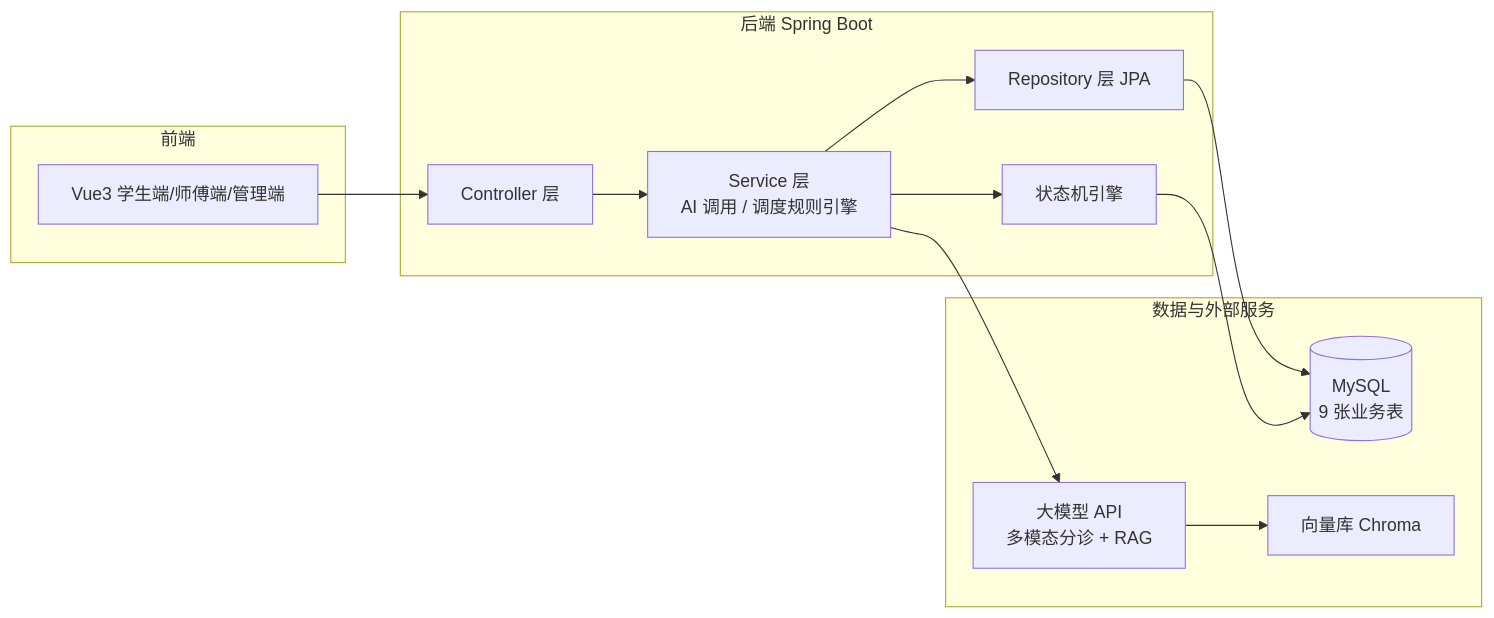
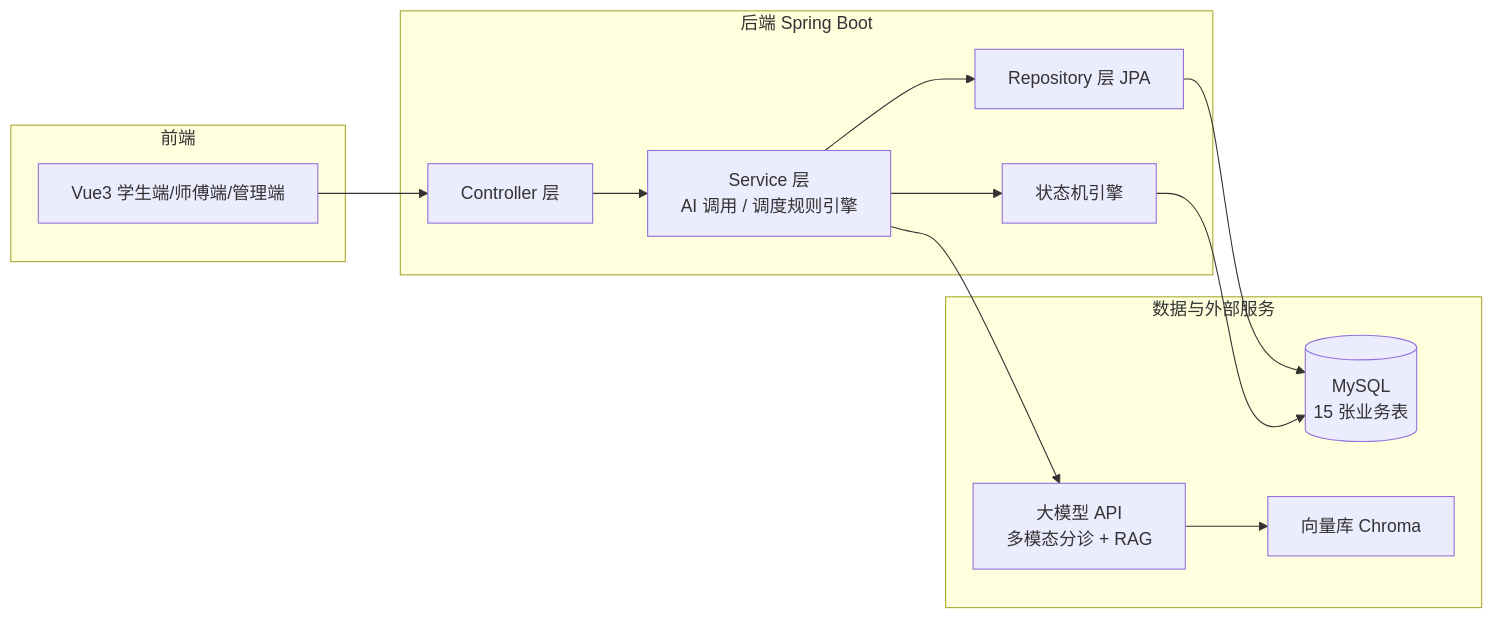
One commit to kly386/Campus-Repair-Assistant changed the diagram in docs/详细设计.md. Above: the diagram before and after it, drawn with Mermaid. The commit also changed other lines of this file and 6 other files, not shown here.

````diff
--- a/docs/详细设计.md
+++ b/docs/详细设计.md
@@ -5,21 +5,21 @@
 ```mermaid
 flowchart LR
     subgraph 前端
         Vue3[Vue3 学生端/师傅端/管理端]
     end
     subgraph 后端 Spring Boot
         Ctrl[Controller 层]
         Svc[Service 层<br/>AI 调用 / 调度规则引擎]
         Repo[Repository 层 JPA]
         SM[状态机引擎]
     end
     subgraph 数据与外部服务
-        MySQL[(MySQL<br/>9 张业务表)]
+        MySQL[(MySQL<br/>15 张业务表)]
         LLM[大模型 API<br/>多模态分诊 + RAG]
         Vector[向量库 Chroma]
     end
     Vue3 --> Ctrl --> Svc --> Repo --> MySQL
     Svc --> LLM
     LLM --> Vector
     Svc --> SM --> MySQL
 ```
````
